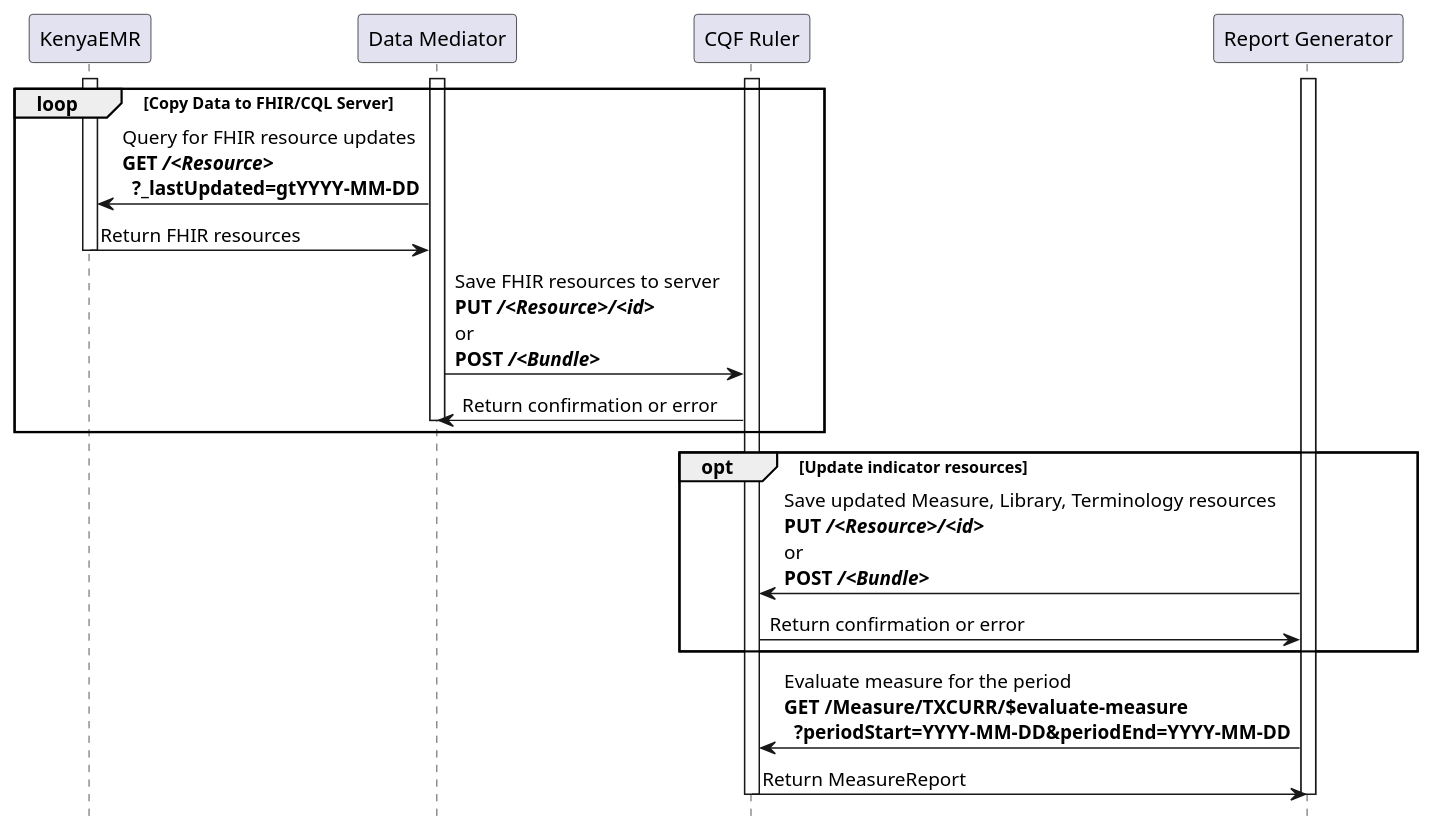
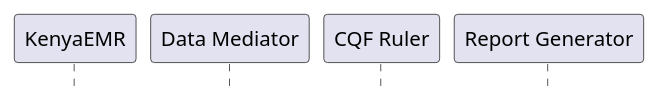
Before and after one commit to PATH-Global-Health/MERindicators: the diagram in input/images-source/simple-workflow.plantuml, drawn with PlantUML.

Commit message:
temporarily hide diagram for fixing build

```diff
--- a/input/images-source/simple-workflow.plantuml
+++ b/input/images-source/simple-workflow.plantuml
@@ -1,32 +1,32 @@
 @startuml
 skinparam svgDimensionStyle false
 hide footbox
 participant "KenyaEMR" as EMR
 participant "Data Mediator" as Data
 participant "CQF Ruler" as CQL
 participant "Report Generator" as Report 
 
-activate CQL
-loop Copy Data to FHIR/CQL Server
-  activate Data
-  activate EMR
-  Data -> EMR: Query for FHIR resource updates\n**GET ///<Resource>//**\n  **?_lastUpdated=gtYYYY-MM-DD**
-  EMR -> Data: Return FHIR resources
-  deactivate EMR
-  Data -> CQL: Save FHIR resources to server\n**PUT ///<Resource>/////<id>//**\nor\n**POST ///<Bundle>//**
-  CQL -> Data: Return confirmation or error
-  deactivate Data
-end
+'activate CQL
+'loop Copy Data to FHIR/CQL Server
+'  activate Data
+'  activate EMR
+'  Data -> EMR: Query for FHIR resource updates\n**GET ///<Resource>//**\n  **?_lastUpdated=gtYYYY-MM-DD**
+'  EMR -> Data: Return FHIR resources
+'  deactivate EMR
+'  Data -> CQL: Save FHIR resources to server\n**PUT ///<Resource>/////<id>//**\nor\n**POST ///<Bundle>//**
+'  CQL -> Data: Return confirmation or error
+'  deactivate Data
+'end
 
-activate Report
-opt Update indicator resources
-  Report -> CQL: Save updated Measure, Library, Terminology resources\n**PUT ///<Resource>/////<id>//**\nor\n**POST ///<Bundle>//**
-  CQL -> Report: Return confirmation or error
-end
+'activate Report
+'opt Update indicator resources
+'  Report -> CQL: Save updated Measure, Library, Terminology resources\n**PUT ///<Resource>/////<id>//**\nor\n**POST ///<Bundle>//**
+'  CQL -> Report: Return confirmation or error
+'end
 
-Report -> CQL: Evaluate measure for the period\n**GET /Measure/TXCURR/$evaluate-measure**\n  **?periodStart=YYYY-MM-DD&periodEnd=YYYY-MM-DD**
-CQL -> Report: Return MeasureReport
-deactivate Report
-deactivate CQL
+'Report -> CQL: Evaluate measure for the period\n**GET /Measure/TXCURR/$evaluate-measure**\n  **?periodStart=YYYY-MM-DD&periodEnd=YYYY-MM-DD**
+'CQL -> Report: Return MeasureReport
+'deactivate Report
+'deactivate CQL
 
 @enduml
```
